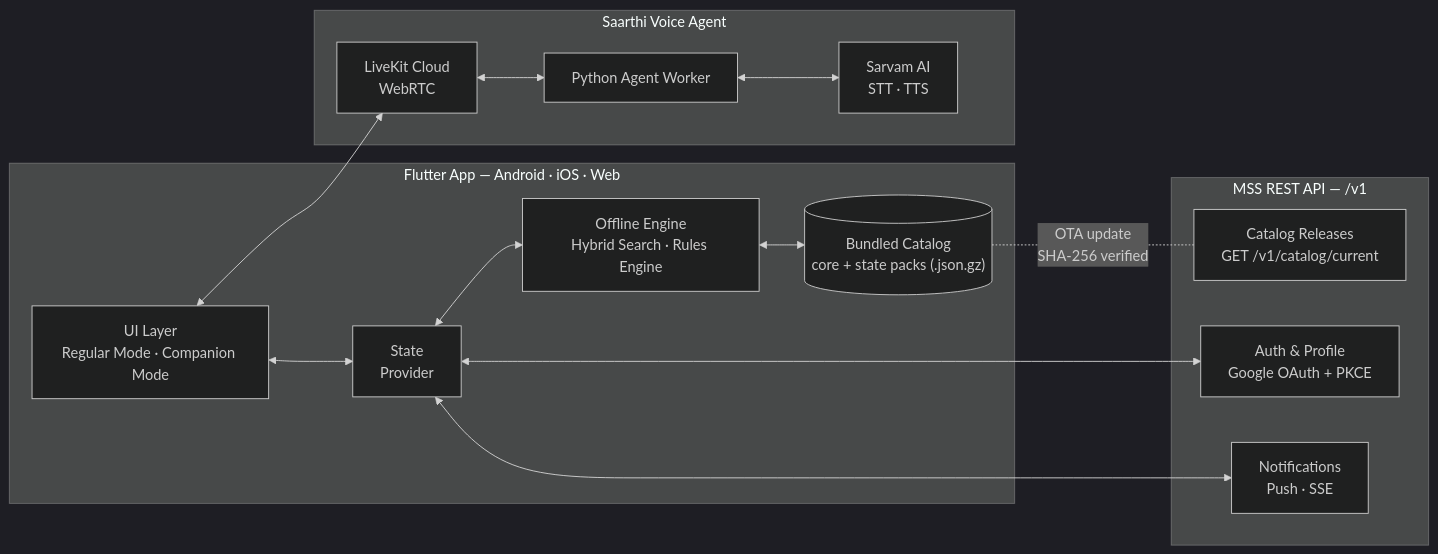
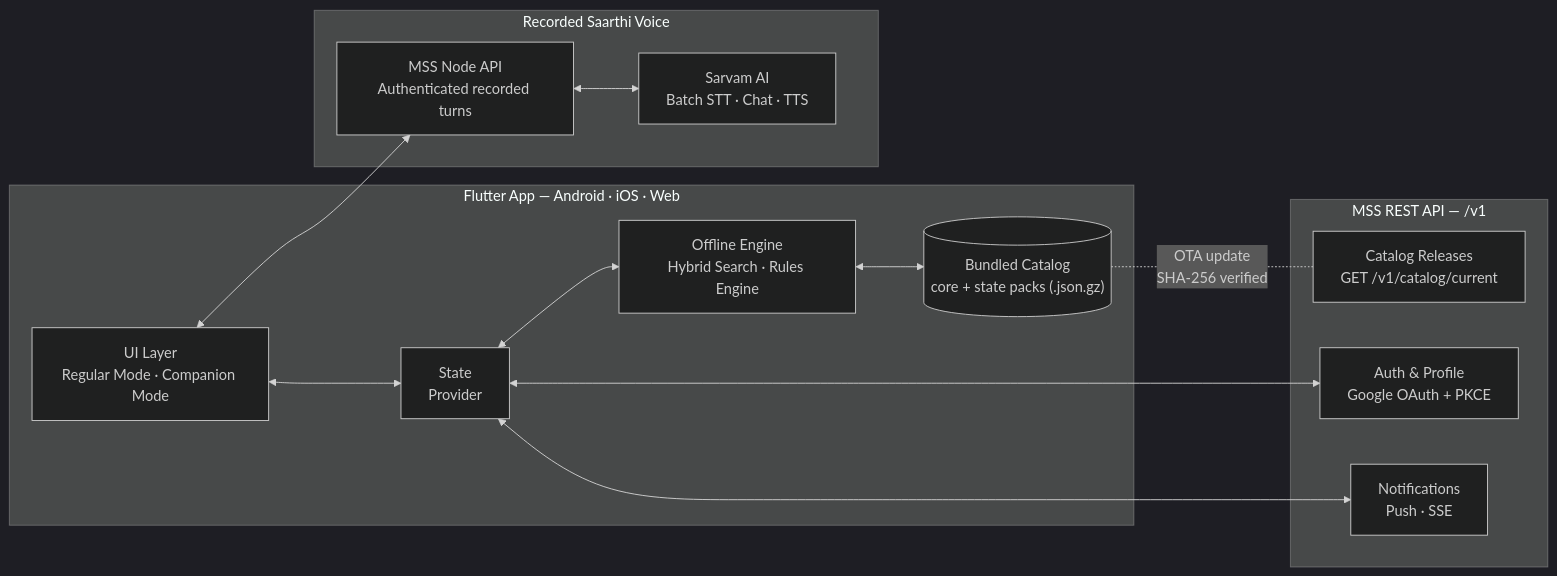
One commit to repomssapp-tech/mss-stable changed the first of 4 diagrams in README.md. Above: the diagram before and after it, drawn with Mermaid (dark theme). The commit also changed other lines of this file and 35 other files, not shown here.

Commit message:
feat(voice): replace mobile LiveKit with recorded MSS REST turns

````diff
--- a/README.md
+++ b/README.md
@@ -40,28 +40,27 @@
 ```mermaid
 flowchart LR
     subgraph Client["Flutter App — Android · iOS · Web"]
         UI["UI Layer<br/>Regular Mode · Companion Mode"]
         State["State<br/>Provider"]
         Engine["Offline Engine<br/>Hybrid Search · Rules Engine"]
         Store[("Bundled Catalog<br/>core + state packs (.json.gz)")]
         UI <--> State <--> Engine <--> Store
     end
 
     subgraph Backend["MSS REST API — /v1"]
         Catalog["Catalog Releases<br/>GET /v1/catalog/current"]
         Auth["Auth & Profile<br/>Google OAuth + PKCE"]
         Notify["Notifications<br/>Push · SSE"]
     end
 
-    subgraph Voice["Saarthi Voice Agent"]
-        LK["LiveKit Cloud<br/>WebRTC"]
-        Worker["Python Agent Worker"]
-        Sarvam["Sarvam AI<br/>STT · TTS"]
-        LK <--> Worker <--> Sarvam
+    subgraph Voice["Recorded Saarthi Voice"]
+        Node["MSS Node API<br/>Authenticated recorded turns"]
+        Sarvam["Sarvam AI<br/>Batch STT · Chat · TTS"]
+        Node <--> Sarvam
     end
 
     Store -. "OTA update<br/>SHA-256 verified" .- Catalog
     State <--> Auth
     State <--> Notify
-    UI <--> LK
+    UI <--> Node
 ```
````
